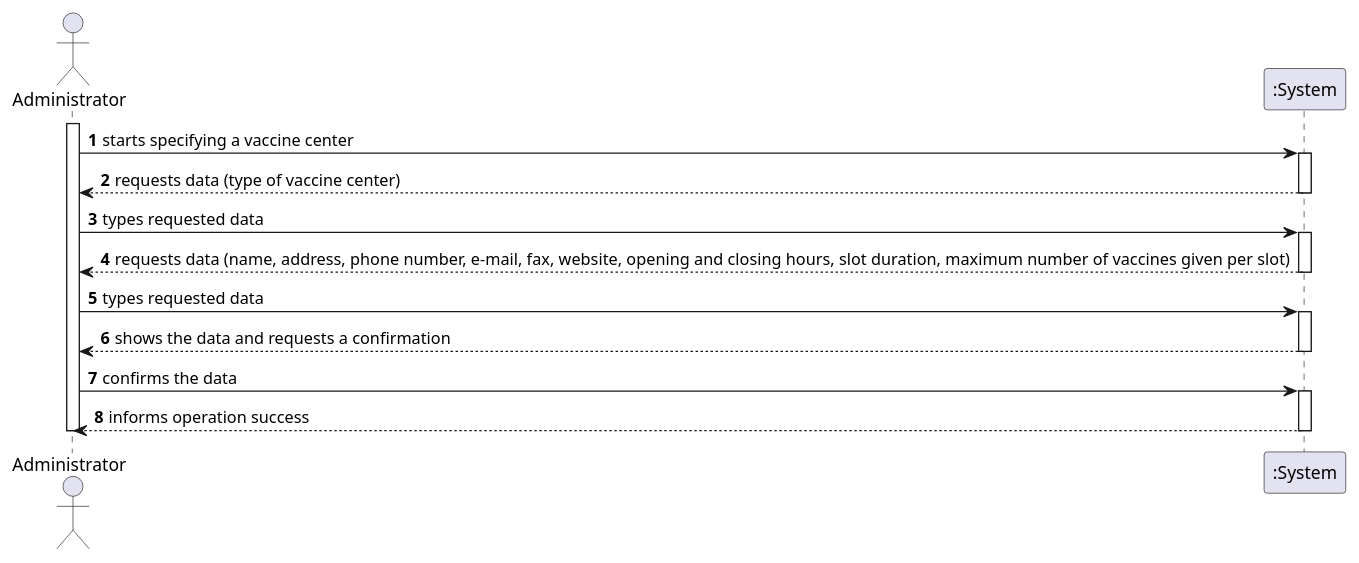
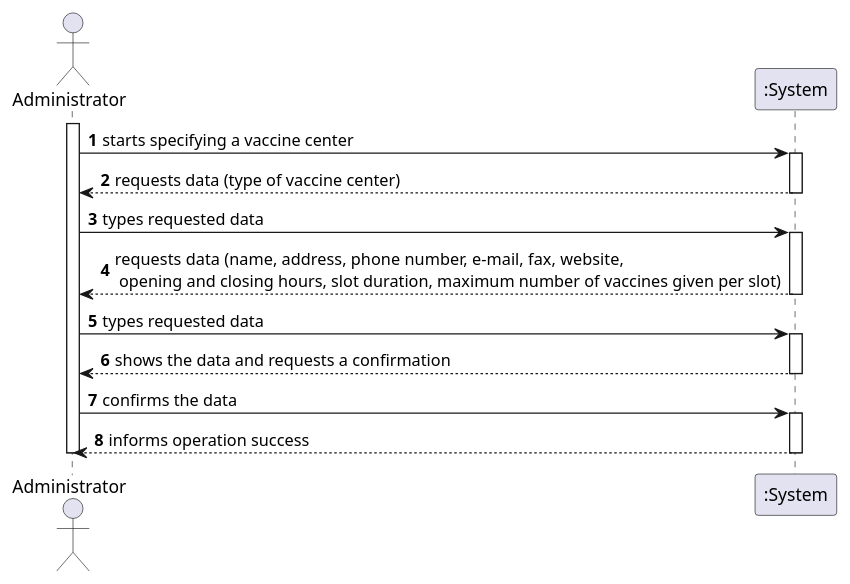
The diagram in docs/SprintB/US/US9/US009_SSD.puml (PedroMesquita1211171/VaccinationManager), drawn with PlantUML before and after one commit. The commit also changed 8 other files, not shown here.

```diff
--- a/docs/SprintB/US/US9/US009_SSD.puml
+++ b/docs/SprintB/US/US9/US009_SSD.puml
@@ -1,25 +1,25 @@
 @startuml
 autonumber
 actor "Administrator" as ADM
 
 activate ADM
 ADM -> ":System" : starts specifying a vaccine center
 activate ":System"
 ":System" --> ADM : requests data (type of vaccine center)
 deactivate ":System"
 ADM -> ":System" :types requested data
 activate ":System"
-":System" --> ADM : requests data (name, address, phone number, e-mail, fax, website, opening and closing hours, slot duration, maximum number of vaccines given per slot)
+":System" --> ADM : requests data (name, address, phone number, e-mail, fax, website, \n opening and closing hours, slot duration, maximum number of vaccines given per slot)
 deactivate ":System"
 ADM -> ":System" : types requested data
 activate ":System"
 ":System" --> ADM : shows the data and requests a confirmation
 deactivate
 ADM -> ":System" : confirms the data
 activate ":System"
 ":System" --> ADM : informs operation success
 deactivate ":System"
 
 deactivate ADM
 
 @enduml
```
